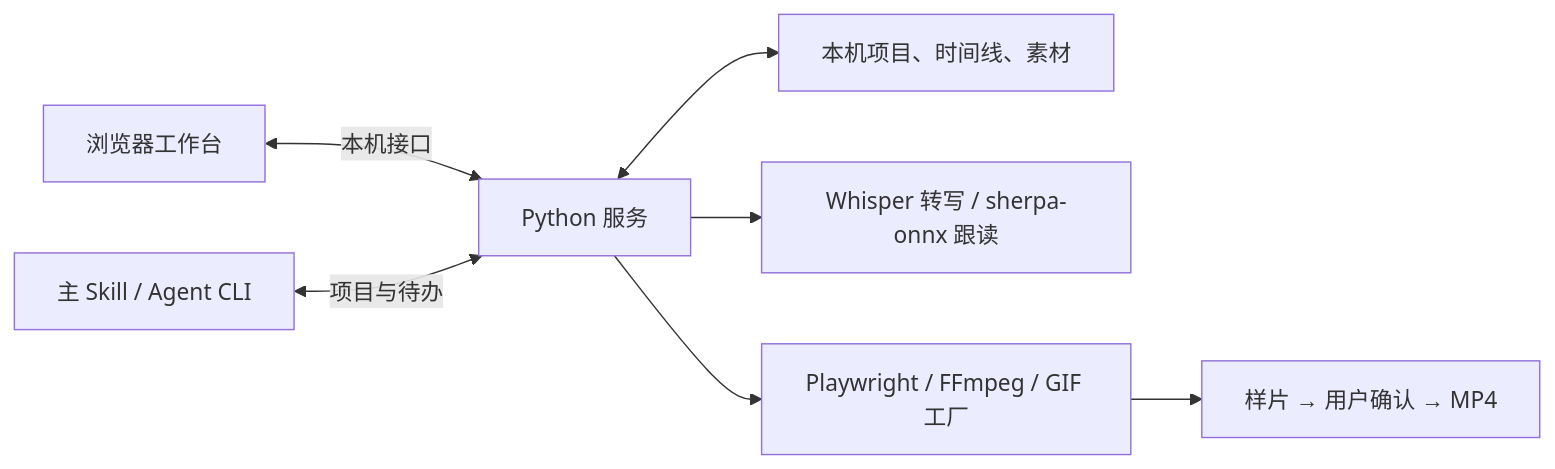
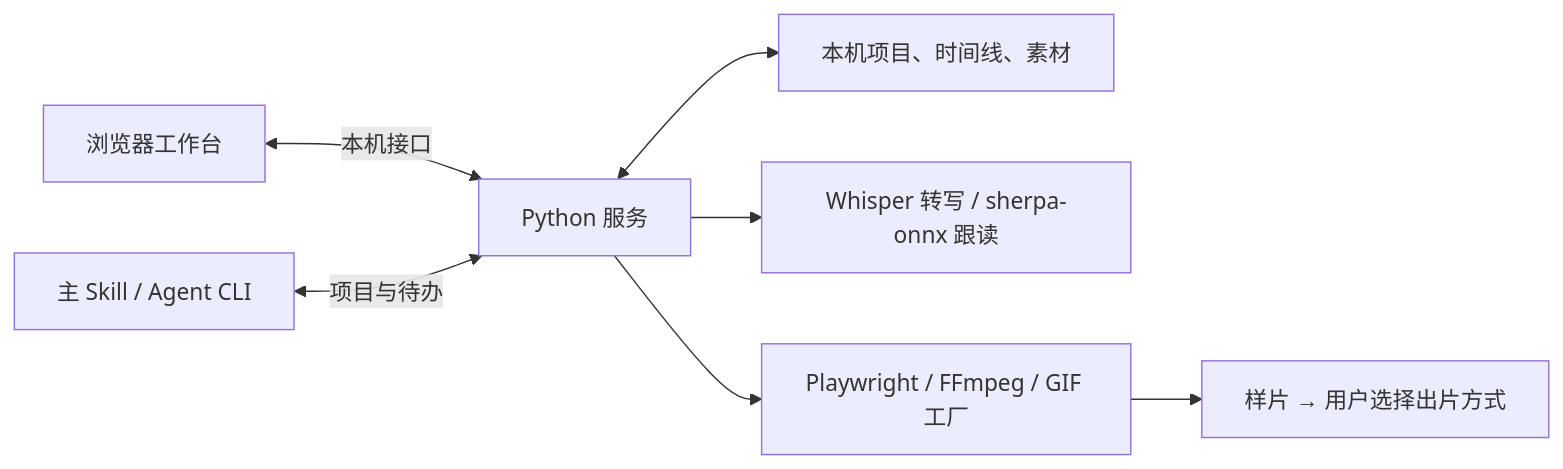
One commit to shynloc/talking-head-studio changed the diagram in README.md. Above: the diagram before and after it, drawn with Mermaid. The commit also changed other lines of this file and 10 other files, not shown here.

````diff
--- a/README.md
+++ b/README.md
@@ -19,9 +19,9 @@
 ```mermaid
 flowchart LR
     A["浏览器工作台"] <-->|本机接口| B["Python 服务"]
     C["主 Skill / Agent CLI"] <-->|项目与待办| B
     B <--> D["本机项目、时间线、素材"]
     B --> E["Whisper 转写 / sherpa-onnx 跟读"]
     B --> F["Playwright / FFmpeg / GIF 工厂"]
-    F --> G["样片 → 用户确认 → MP4"]
+    F --> G["样片 → 用户选择出片方式"]
 ```
````
